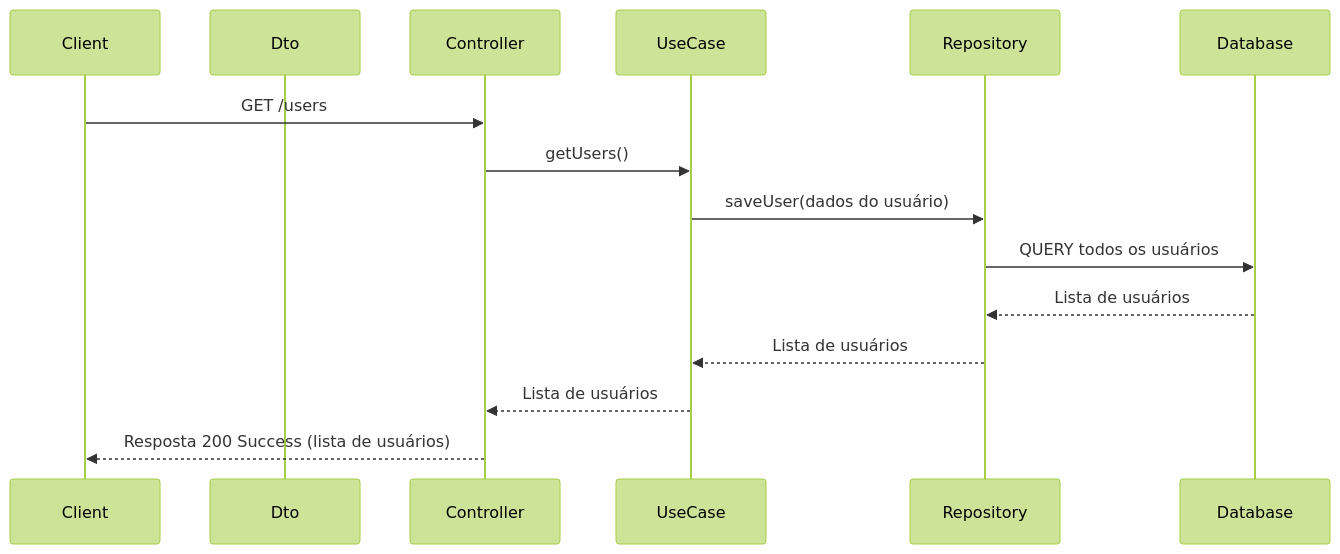
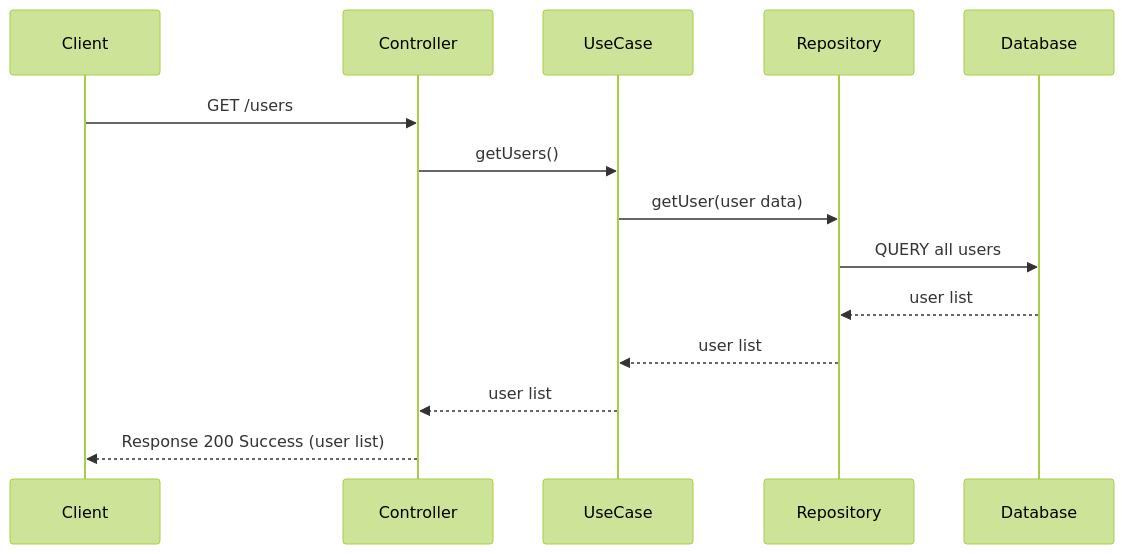
The second of 4 diagrams in README.md (Lab-Escola-de-Danca/lab-users-api), drawn with Mermaid (forest theme) before and after one commit. The commit also changed other lines of this file, not shown here.

Commit message:
feat: update readme sequence diagram, close #11

````diff
--- a/README.md
+++ b/README.md
@@ -29,18 +35,17 @@
 ```mermaid
 sequenceDiagram
     participant Client
-    participant Dto
     participant Controller
     participant UseCase
     participant Repository
     participant Database
 
     Client->>Controller: GET /users
     Controller->>UseCase: getUsers()
-    UseCase->>Repository: saveUser(dados do usuário)
-    Repository->>Database: QUERY todos os usuários
-    Database-->>Repository: Lista de usuários
-    Repository-->>UseCase: Lista de usuários
-    UseCase-->>Controller: Lista de usuários
-    Controller-->>Client: Resposta 200 Success (lista de usuários)
+    UseCase->>Repository: getUser(user data)
+    Repository->>Database: QUERY all users
+    Database-->>Repository: user list
+    Repository-->>UseCase: user list
+    UseCase-->>Controller: user list
+    Controller-->>Client: Response 200 Success (user list)
 ```
````
